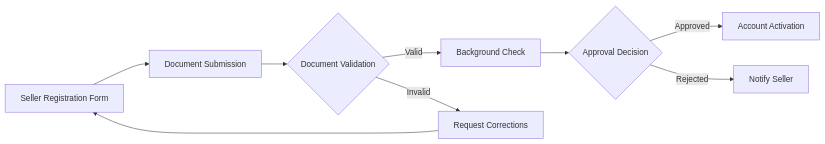
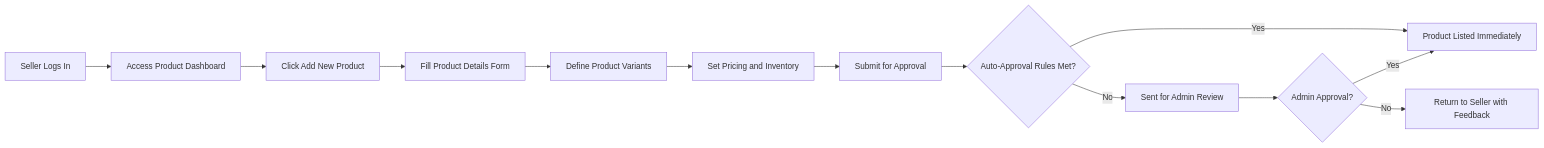
Before and after one commit to wrtnlabs/autobe-examples: the first of 3 diagrams in deepseek/deepseek-v3.1-terminus-exacto/shopping/docs/analysis/06-seller-management.md, drawn with Mermaid. The commit also changed other lines of this file and 22498 other files, not shown here.

````diff
--- a/deepseek/deepseek-v3.1-terminus-exacto/shopping/docs/analysis/06-seller-management.md
+++ b/deepseek/deepseek-v3.1-terminus-exacto/shopping/docs/analysis/06-seller-management.md
@@ -33,11 +32,15 @@
 ```mermaid
 graph LR
-  A["Seller Registration Form"] --> B["Document Submission"]
-  B --> C{"Document Validation"}
-  C -->|"Valid"| D["Background Check"]
-  C -->|"Invalid"| E["Request Corrections"]
-  D --> F{"Approval Decision"}
-  F -->|"Approved"| G["Account Activation"]
-  F -->|"Rejected"| H["Notify Seller"]
-  E --> A
+  A["Seller Logs In"] --> B["Access Product Dashboard"]
+  B --> C["Click Add New Product"]
+  C --> D["Fill Product Details Form"]
+  D --> E["Define Product Variants"]
+  E --> F["Set Pricing and Inventory"]
+  F --> G["Submit for Approval"]
+  G --> H{"Auto-Approval Rules Met?"}
+  H -->|"Yes"| I["Product Listed Immediately"]
+  H -->|"No"| J["Sent for Admin Review"]
+  J --> K{"Admin Approval?"}
+  K -->|"Yes"| I
+  K -->|"No"| L["Return to Seller with Feedback"]
 ```
````
